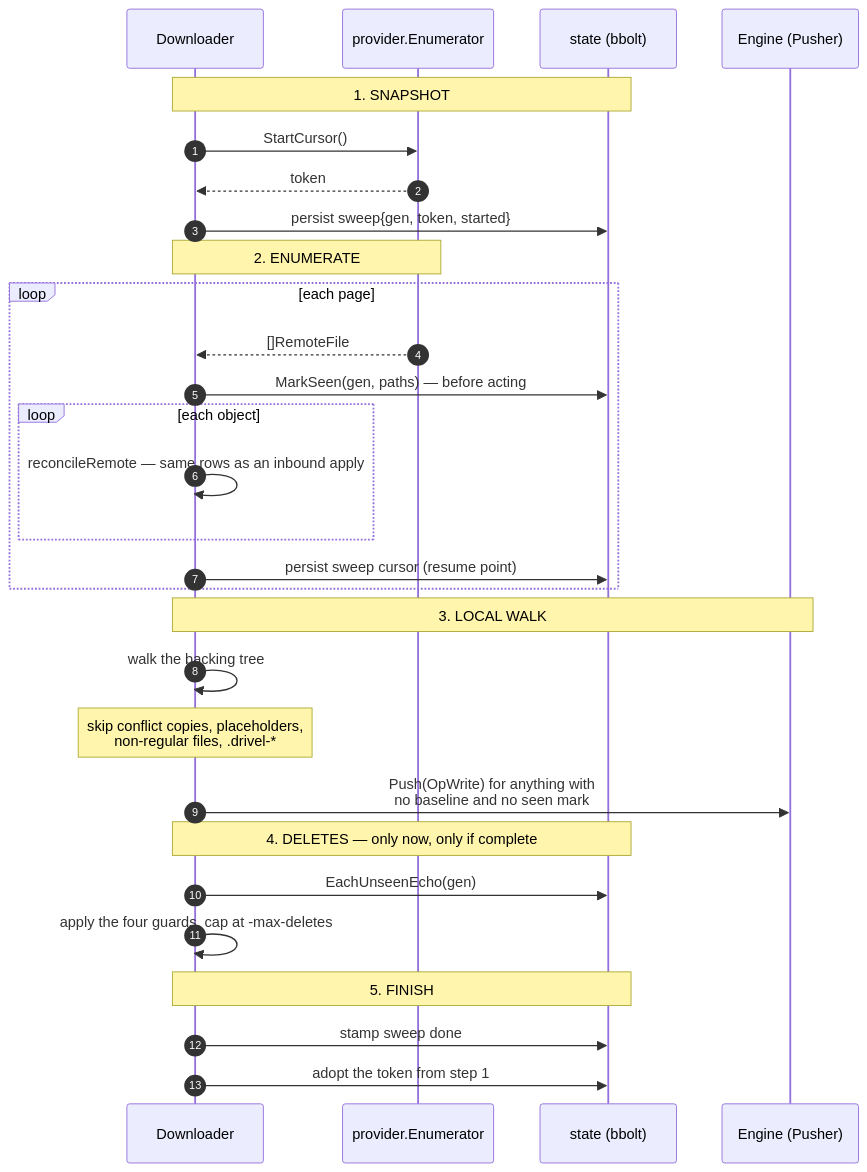
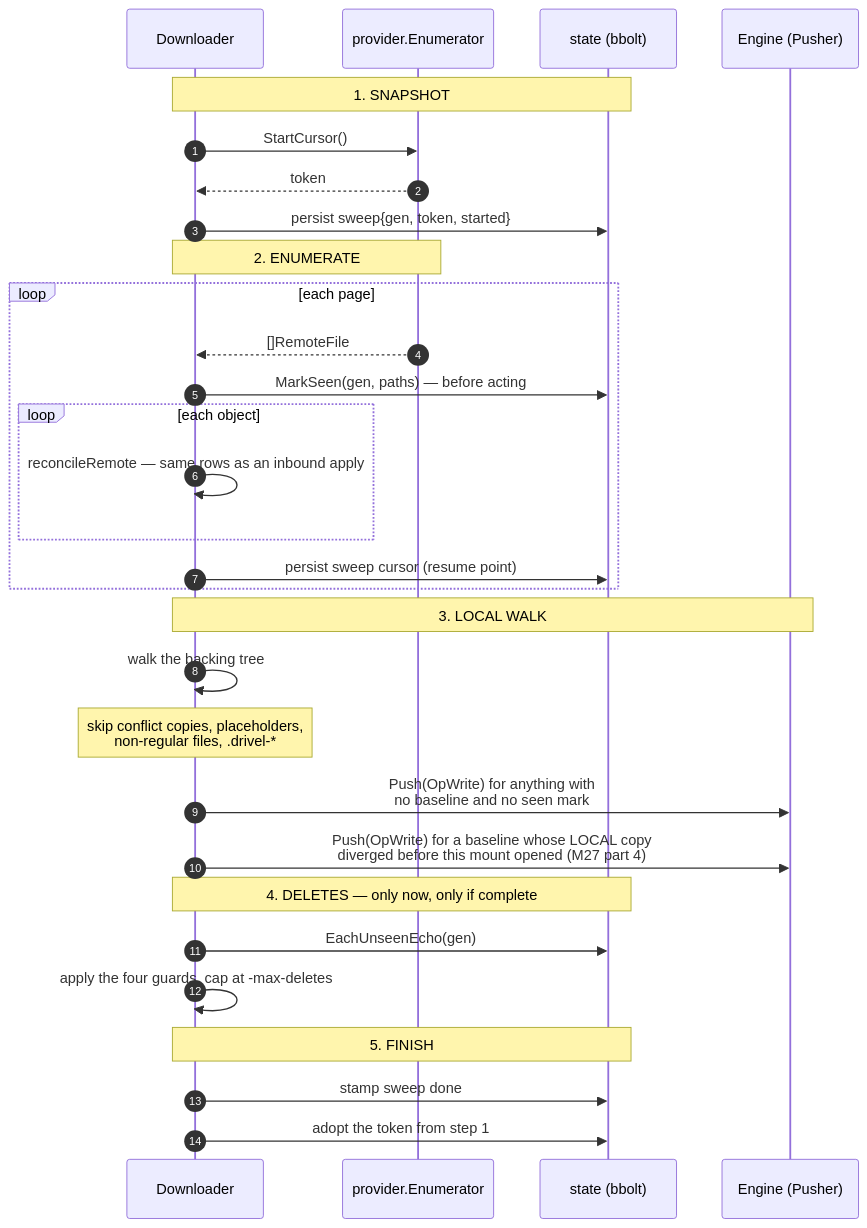
One commit to syshlted/drivel changed the fourth of 9 diagrams in docs/dev/workflows.md. Above: the diagram before and after it, drawn with Mermaid. The commit also changed other lines of this file and 15 other files, not shown here.

````diff
--- a/docs/dev/workflows.md
+++ b/docs/dev/workflows.md
@@ -177,36 +177,37 @@
 ```mermaid
 sequenceDiagram
     autonumber
     participant dl as Downloader
     participant st as provider.Enumerator
     participant state as state (bbolt)
     participant eng as Engine (Pusher)
 
     Note over dl,state: 1. SNAPSHOT
     dl->>st: StartCursor()
     st-->>dl: token
     dl->>state: persist sweep{gen, token, started}
 
     Note over dl,st: 2. ENUMERATE
     loop each page
         st-->>dl: []RemoteFile
         dl->>state: MarkSeen(gen, paths) — before acting
         loop each object
             dl->>dl: reconcileRemote — same rows as an inbound apply
         end
         dl->>state: persist sweep cursor (resume point)
     end
 
     Note over dl,eng: 3. LOCAL WALK
     dl->>dl: walk the backing tree
     Note over dl: skip conflict copies, placeholders,<br/>non-regular files, .drivel-*
     dl->>eng: Push(OpWrite) for anything with<br/>no baseline and no seen mark
+    dl->>eng: Push(OpWrite) for a baseline whose LOCAL copy<br/>diverged before this mount opened (M27 part 4)
 
     Note over dl,state: 4. DELETES — only now, only if complete
     dl->>state: EachUnseenEcho(gen)
     dl->>dl: apply the four guards, cap at -max-deletes
 
     Note over dl,state: 5. FINISH
     dl->>state: stamp sweep done
     dl->>state: adopt the token from step 1
 ```
````
